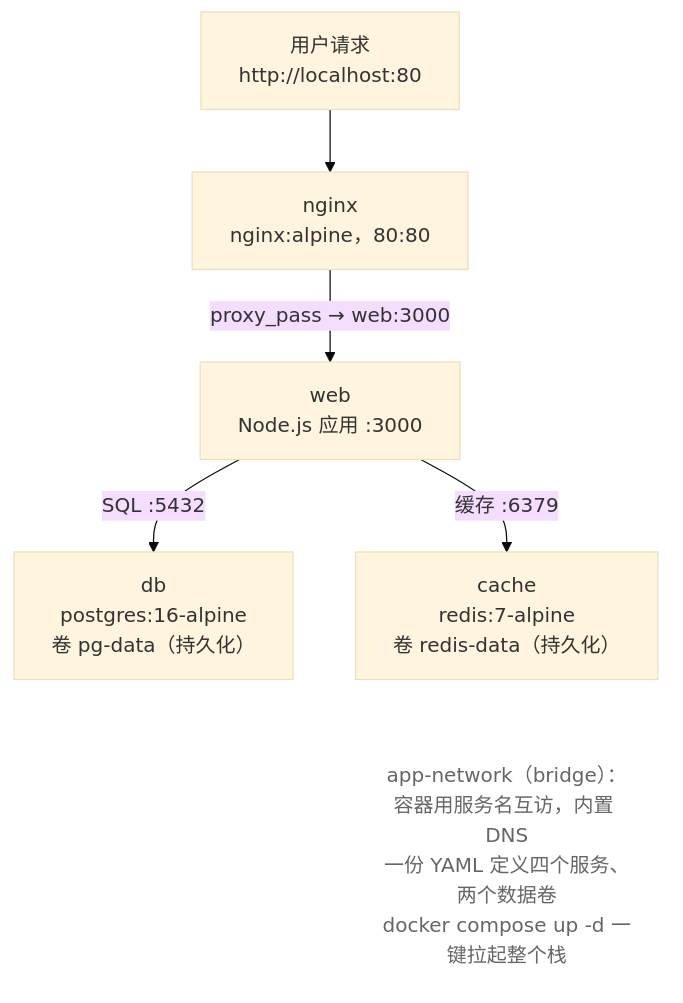
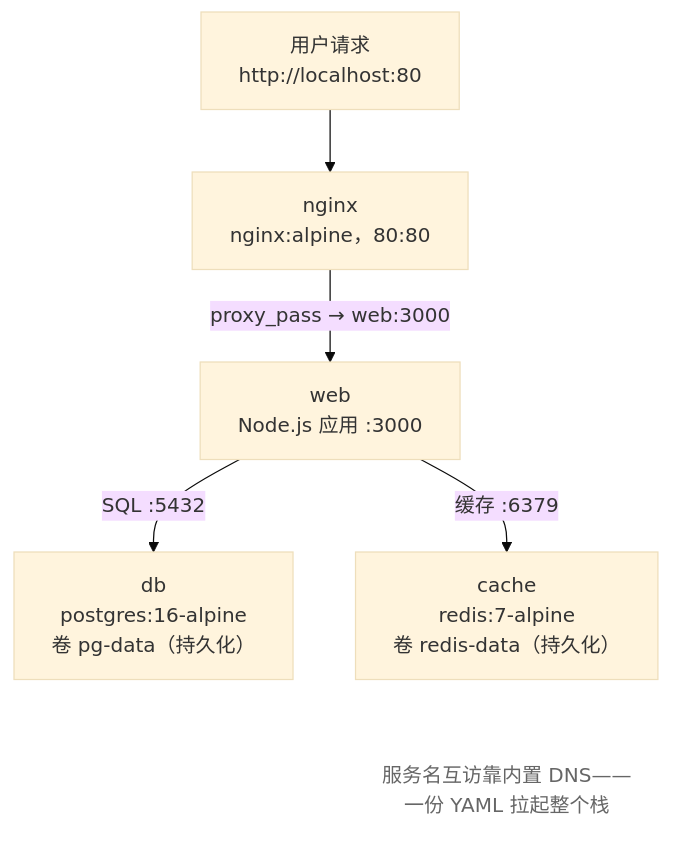
Before and after one commit to wangxiangnan/wangxiangnan.github.io: the third of 3 diagrams in src/linux-command/ch25.md, drawn with Mermaid (base theme). The commit also changed other lines of this file and 25 other files, not shown here.

````diff
--- a/src/linux-command/ch25.md
+++ b/src/linux-command/ch25.md
@@ -670,13 +670,13 @@
 ```mermaid
 flowchart TB
     U["用户请求<br>http://localhost:80"] --> N1["nginx<br>nginx:alpine，80:80"]
     N1 -->|proxy_pass → web:3000| W["web<br>Node.js 应用 :3000"]
     W -->|SQL :5432| DB["db<br>postgres:16-alpine<br>卷 pg-data（持久化）"]
     W -->|缓存 :6379| CA["cache<br>redis:7-alpine<br>卷 redis-data（持久化）"]
-    N["app-network（bridge）：容器用服务名互访，内置 DNS<br>一份 YAML 定义四个服务、两个数据卷<br>docker compose up -d 一键拉起整个栈"]
+    N["服务名互访靠内置 DNS——一份 YAML 拉起整个栈"]
 
     CA ~~~ N
 
     classDef note fill:none,stroke:none,color:#666
     class N note
 ```
````
